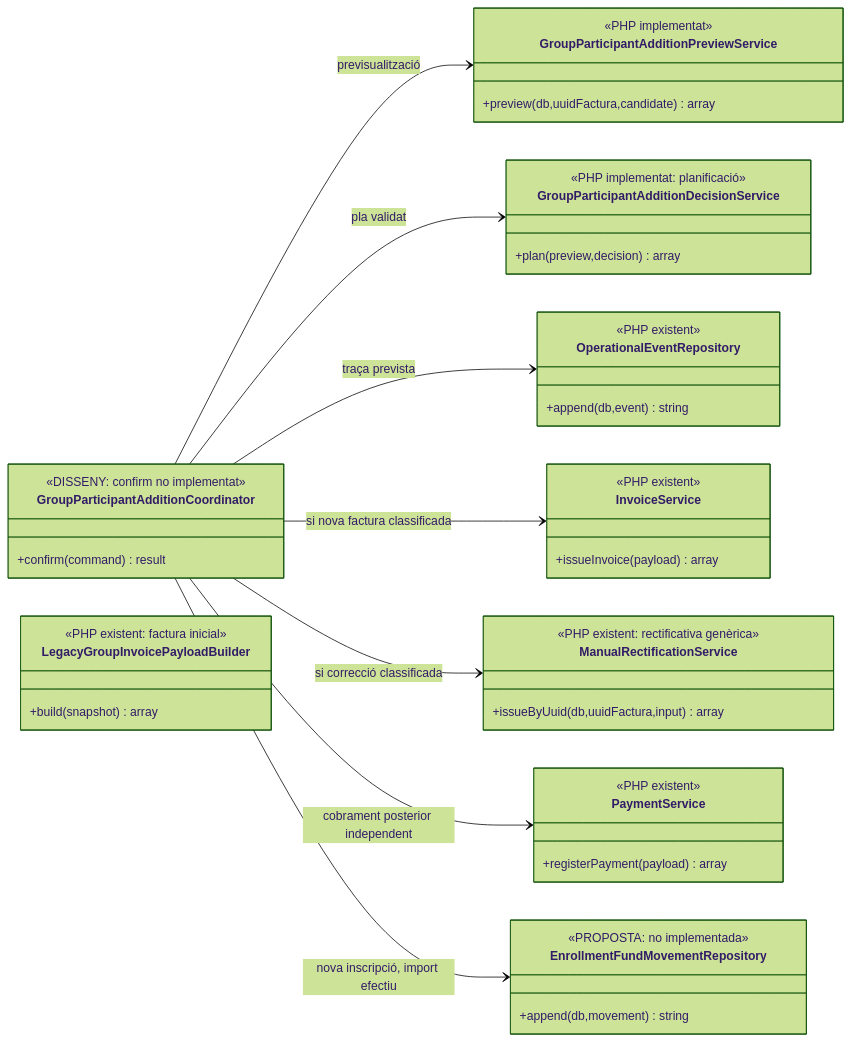
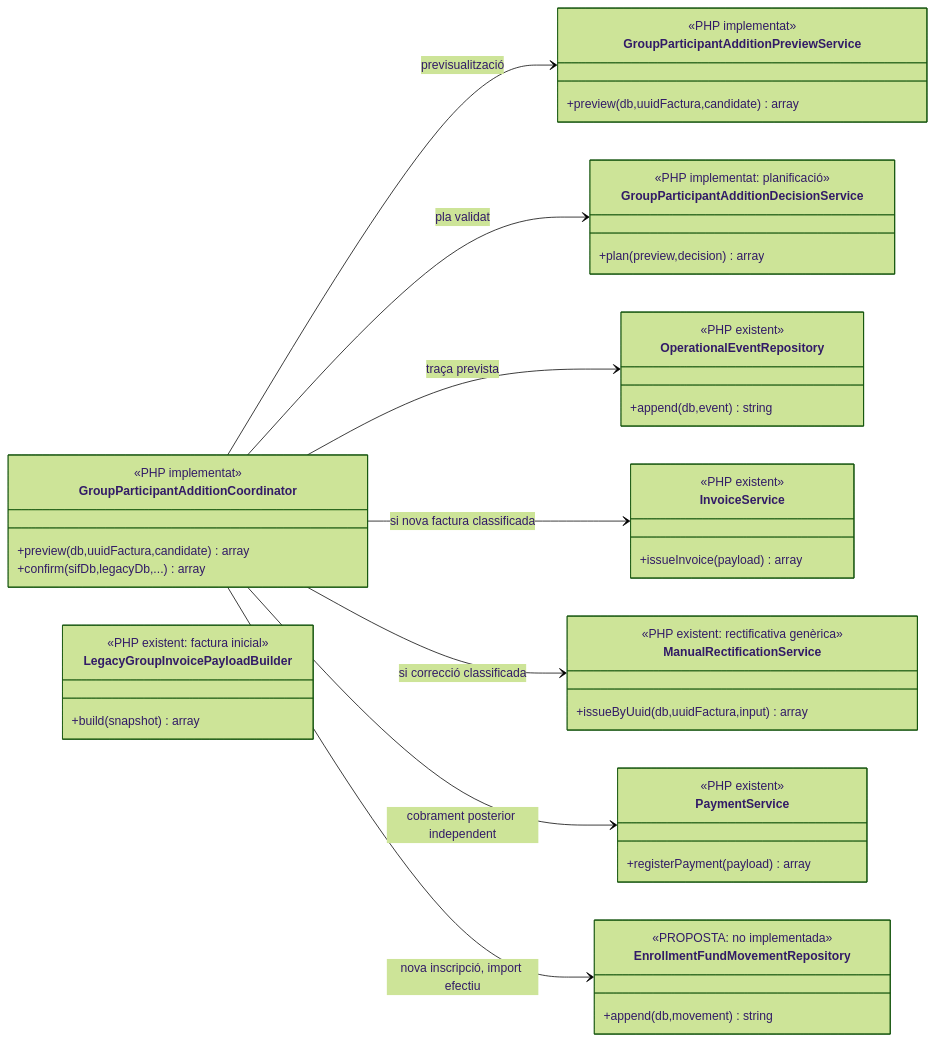
One commit to orgmeriemprismacat-del/verifactu changed the third of 4 diagrams in documentacio/07-uml-integrat/uc-016a-afegir-participant-grup-emes.md. Above: the diagram before and after it, drawn with Mermaid (forest theme). The commit also changed other lines of this file, not shown here.

Commit message:
UC-016 reconcile docs with durable participant-change sagas

````diff
--- a/documentacio/07-uml-integrat/uc-016a-afegir-participant-grup-emes.md
+++ b/documentacio/07-uml-integrat/uc-016a-afegir-participant-grup-emes.md
@@ -109,47 +109,48 @@
 ```mermaid
 classDiagram
 direction LR
 class GroupParticipantAdditionCoordinator {
- <<DISSENY: confirm no implementat>>
- +confirm(command) result
+ <<PHP implementat>>
+ +preview(db,uuidFactura,candidate) array
+ +confirm(sifDb,legacyDb,...) array
 }
 class GroupParticipantAdditionPreviewService {
  <<PHP implementat>>
  +preview(db,uuidFactura,candidate) array
 }
 class GroupParticipantAdditionDecisionService {
  <<PHP implementat: planificació>>
  +plan(preview,decision) array
 }
 class OperationalEventRepository {
  <<PHP existent>>
  +append(db,event) string
 }
 class InvoiceService {
  <<PHP existent>>
  +issueInvoice(payload) array
 }
 class ManualRectificationService {
  <<PHP existent: rectificativa genèrica>>
  +issueByUuid(db,uuidFactura,input) array
 }
 class LegacyGroupInvoicePayloadBuilder {
  <<PHP existent: factura inicial>>
  +build(snapshot) array
 }
 class PaymentService {
  <<PHP existent>>
  +registerPayment(payload) array
 }
 class EnrollmentFundMovementRepository {
  <<PROPOSTA: no implementada>>
  +append(db,movement) string
 }
 GroupParticipantAdditionCoordinator --> GroupParticipantAdditionPreviewService : previsualització
 GroupParticipantAdditionCoordinator --> GroupParticipantAdditionDecisionService : pla validat
 GroupParticipantAdditionCoordinator --> OperationalEventRepository : traça prevista
 GroupParticipantAdditionCoordinator --> InvoiceService : si nova factura classificada
 GroupParticipantAdditionCoordinator --> ManualRectificationService : si correcció classificada
 GroupParticipantAdditionCoordinator --> PaymentService : cobrament posterior independent
 GroupParticipantAdditionCoordinator --> EnrollmentFundMovementRepository : nova inscripció, import efectiu
 ```
````
